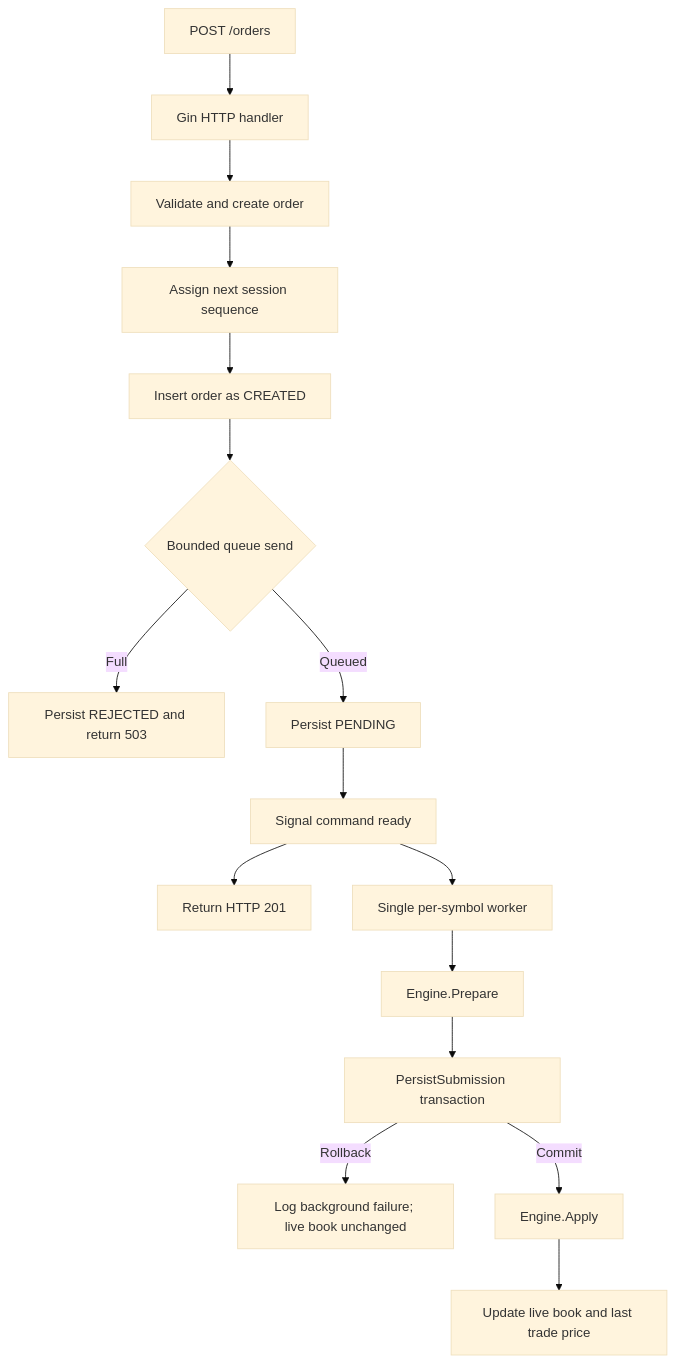
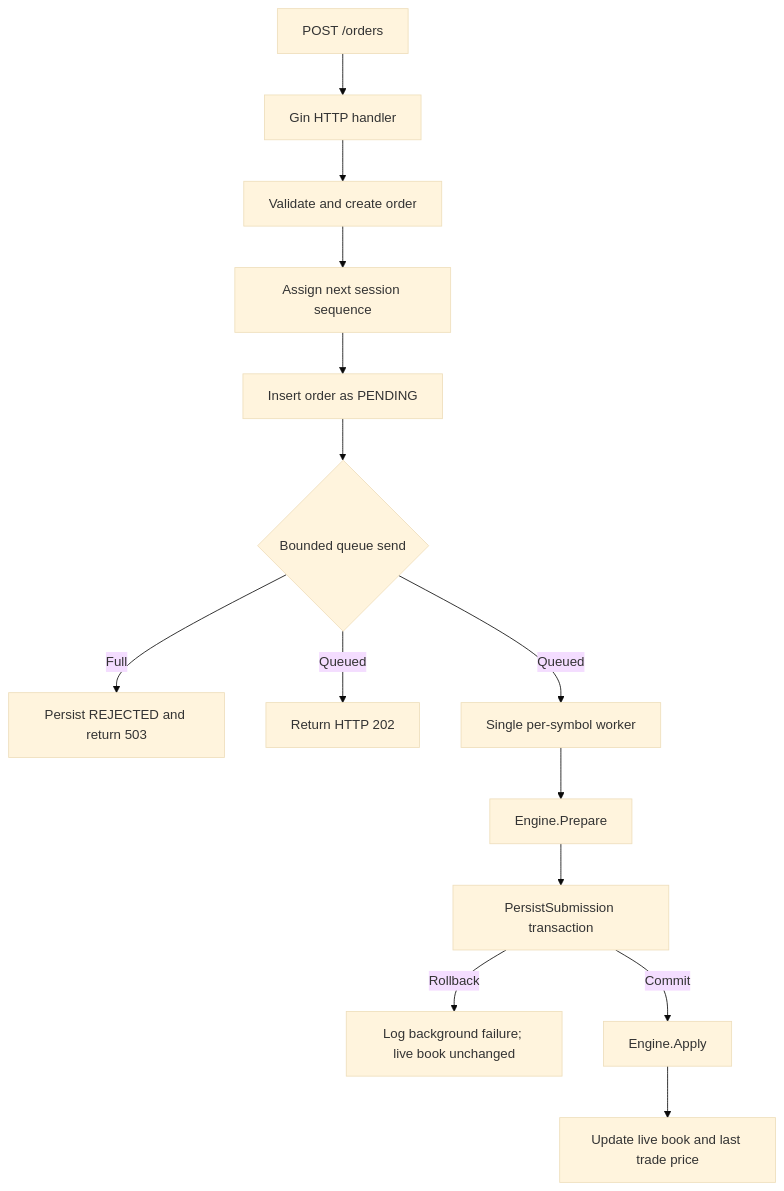
The diagram in README.md (karakuz/bist-matching-engine), drawn with Mermaid (base theme) before and after one commit. The commit also changed other lines of this file and 11 other files, not shown here.

````diff
--- a/README.md
+++ b/README.md
@@ -151,18 +258,16 @@
 ```mermaid
 flowchart TD
     A[POST /orders] --> B[Gin HTTP handler]
     B --> C[Validate and create order]
     C --> D[Assign next session sequence]
-    D --> E[Insert order as CREATED]
+    D --> E[Insert order as PENDING]
     E --> F{Bounded queue send}
     F -->|Full| G[Persist REJECTED and return 503]
-    F -->|Queued| H[Persist PENDING]
-    H --> I[Signal command ready]
-    I --> J[Return HTTP 201]
-    I --> K[Single per-symbol worker]
+    F -->|Queued| J[Return HTTP 202]
+    F -->|Queued| K[Single per-symbol worker]
     K --> L[Engine.Prepare]
     L --> M[PersistSubmission transaction]
     M -->|Rollback| N[Log background failure; live book unchanged]
     M -->|Commit| O[Engine.Apply]
     O --> P[Update live book and last trade price]
 ```
````
